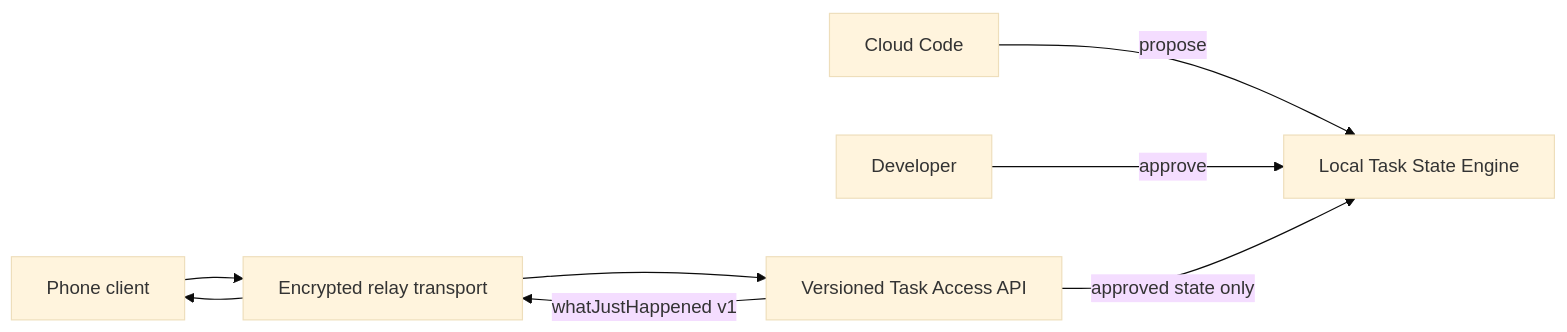
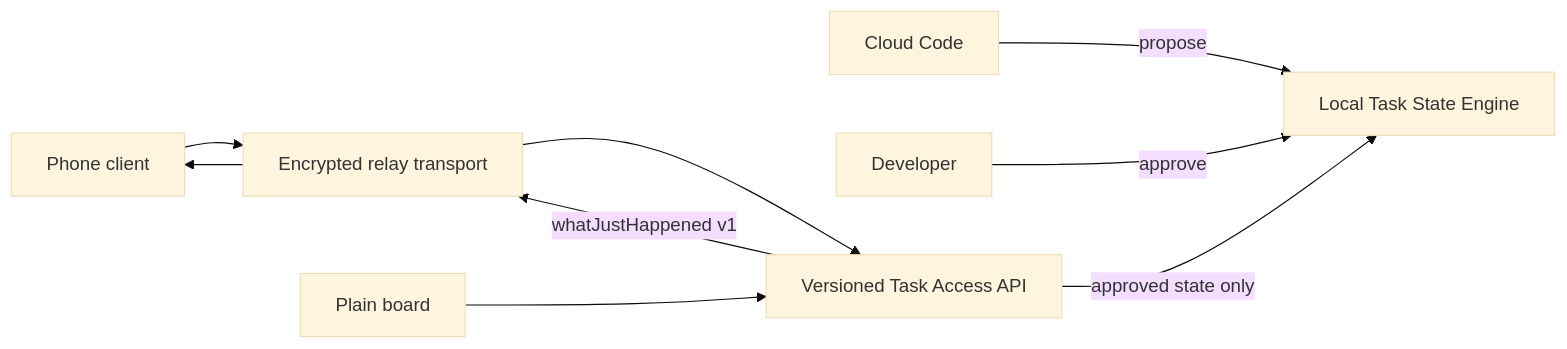
Before and after one commit to smakubi/synclined: the diagram in outputs/synclined/README.md, drawn with Mermaid (base theme). The commit also changed other lines of this file and 2 other files, not shown here.

Commit message:
feat: route board review through task access api

````diff
--- a/outputs/synclined/README.md
+++ b/outputs/synclined/README.md
@@ -5,10 +5,11 @@
 ```mermaid
 flowchart LR
   C["Cloud Code"] -->|"propose"| E["Local Task State Engine"]
   H["Developer"] -->|"approve"| E
   P["Phone client"] --> R["Encrypted relay transport"]
   R --> A["Versioned Task Access API"]
+  B["Plain board"] --> A
   A -->|"approved state only"| E
   A -->|"whatJustHappened v1"| R
   R --> P
 ```
````
